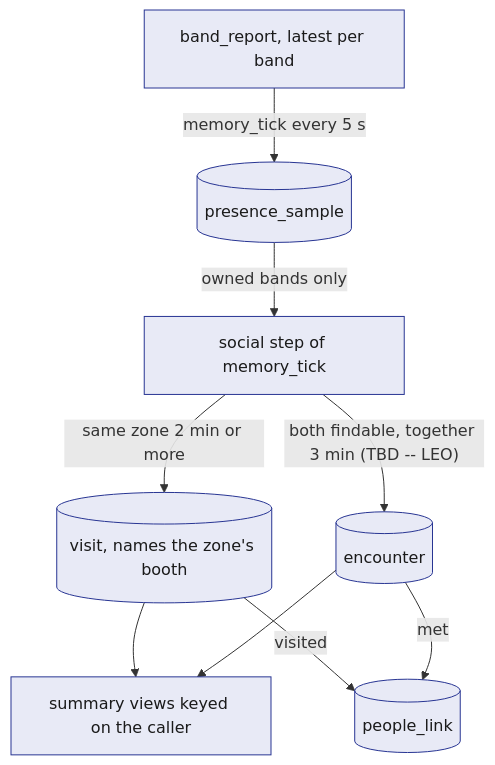
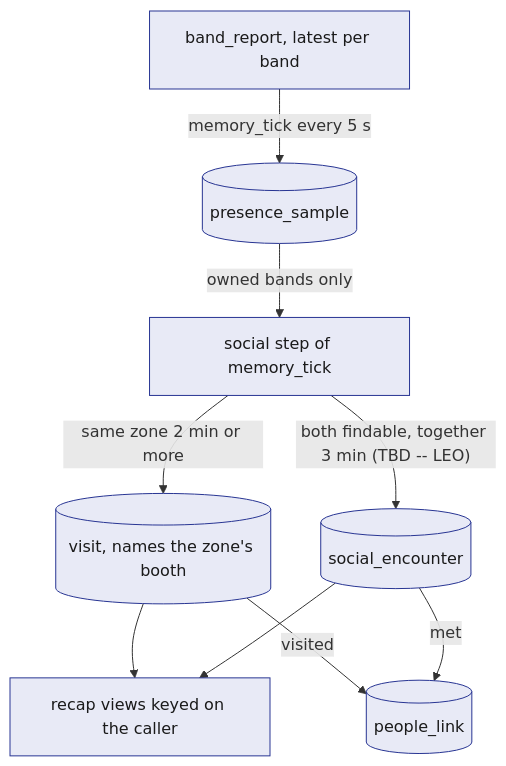
The first of 3 diagrams in System Design/6-features/Social.md (viktorinkov/cal-hacks-13), drawn with Mermaid before and after one commit. The commit also changed other lines of this file and 21 other files, not shown here.

````diff
--- a/System Design/6-features/Social.md
+++ b/System Design/6-features/Social.md
@@ -53,13 +54,13 @@
 ```mermaid
 flowchart TD
     BR["band_report, latest per band"] -->|"memory_tick every 5 s"| PS[("presence_sample")]
     PS -->|"owned bands only"| ST["social step of memory_tick"]
     ST -->|"same zone 2 min or more"| V[("visit, names the zone's booth")]
-    ST -->|"both findable, together 3 min (TBD -- LEO)"| E[("encounter")]
-    V --> SUM["summary views keyed on the caller"]
+    ST -->|"both findable, together 3 min (TBD -- LEO)"| E[("social_encounter")]
+    V --> SUM["recap views keyed on the caller"]
     V -->|"visited"| PL[("people_link")]
     E -->|"met"| PL
     E --> SUM
     classDef stdb fill:#E8EAF6,stroke:#283593,color:#1A1A1A
     class BR,PS,ST,V,E,PL,SUM stdb
 ```
````
